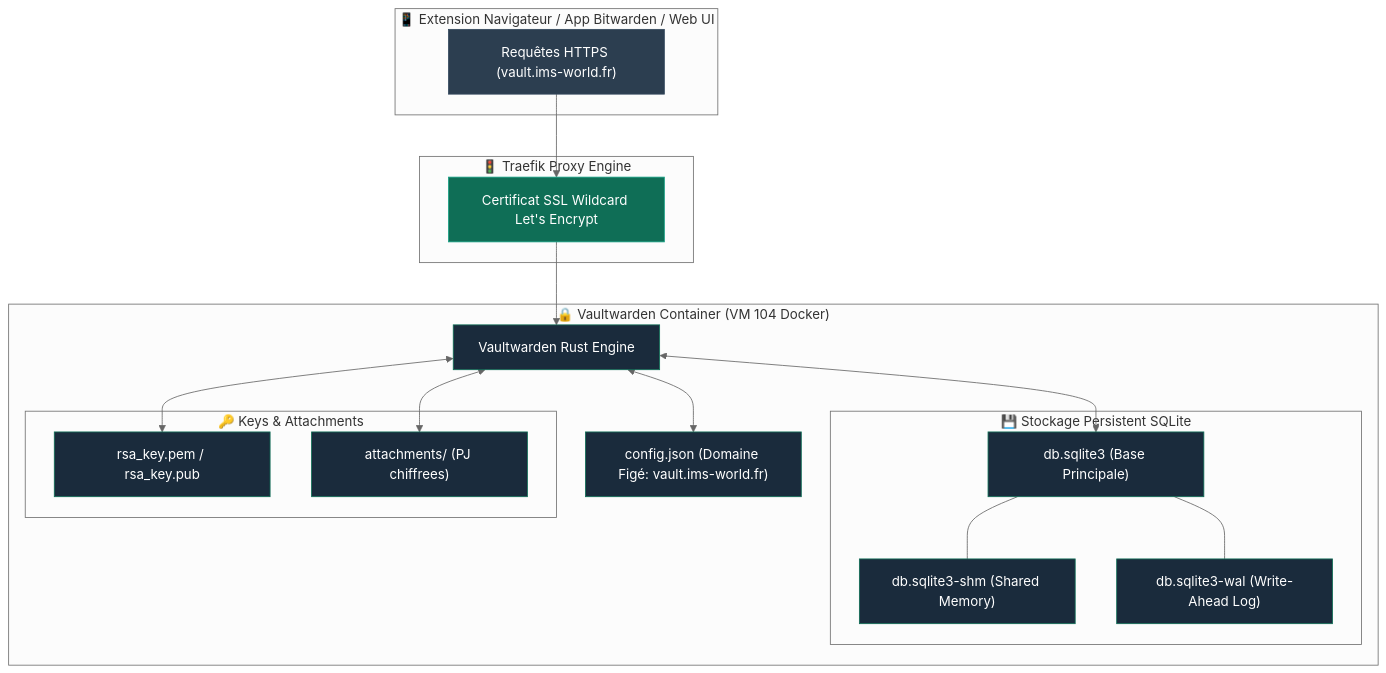
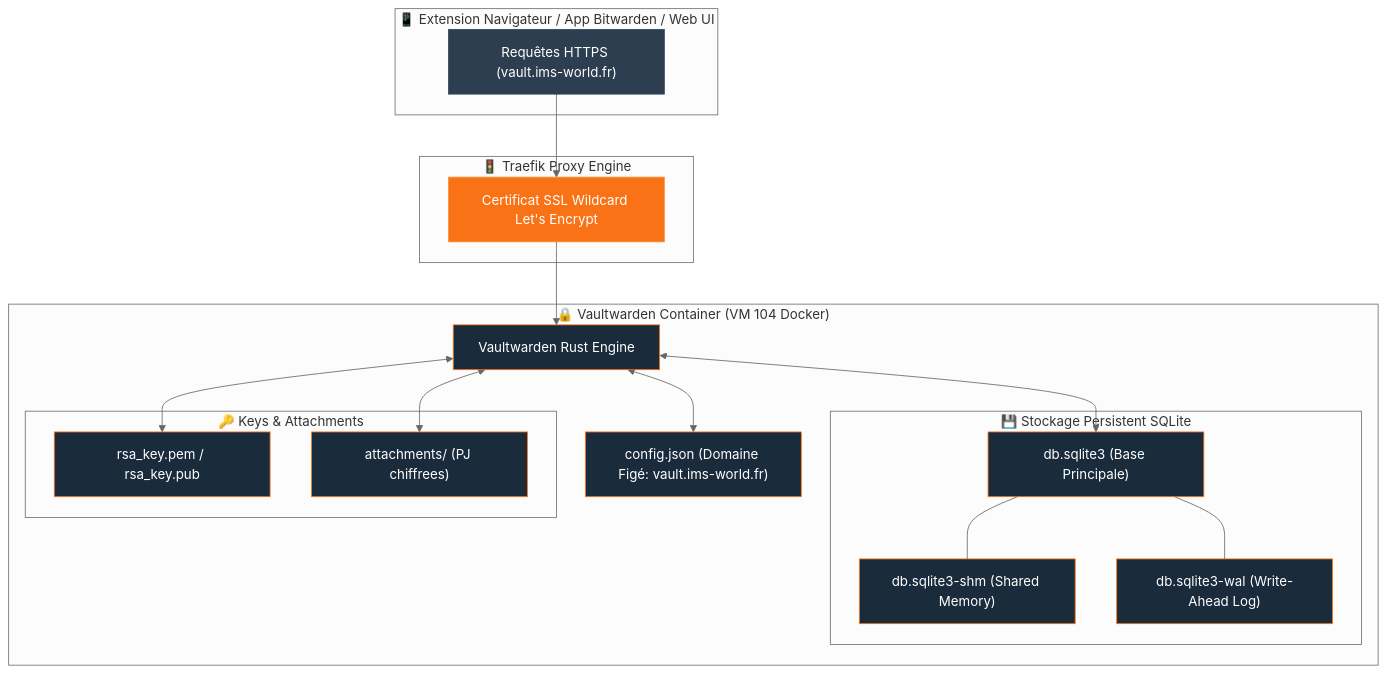
One commit to ims-world/docs changed the diagram in services/vaultwarden.md. Above: the diagram before and after it, drawn with Mermaid (neutral theme). The commit also changed other lines of this file and 5 other files, not shown here.

````diff
--- a/services/vaultwarden.md
+++ b/services/vaultwarden.md
@@ -24,42 +51,42 @@
 ```mermaid
 graph TD
     subgraph CLIENTS ["📱 Extension Navigateur / App Bitwarden / Web UI"]
         REQ["Requêtes HTTPS (vault.ims-world.fr)"]
     end
 
     subgraph PROXY ["🚦 Traefik Proxy Engine"]
         TLS["Certificat SSL Wildcard Let's Encrypt"]
     end
 
     subgraph VAULT_CONTAINER ["🔒 Vaultwarden Container (VM 104 Docker)"]
         ENGINE["Vaultwarden Rust Engine"]
         CFG["config.json (Domaine Figé: vault.ims-world.fr)"]
 
         subgraph SQLITE_WAL ["💾 Stockage Persistent SQLite"]
             DB["db.sqlite3 (Base Principale)"]
             SHM["db.sqlite3-shm (Shared Memory)"]
             WAL["db.sqlite3-wal (Write-Ahead Log)"]
         end
 
         subgraph RSA_KEYS ["🔑 Keys & Attachments"]
             RSA["rsa_key.pem / rsa_key.pub"]
             ATT["attachments/ (PJ chiffrees)"]
         end
     end
 
     REQ --> TLS
     TLS --> ENGINE
     ENGINE <--> CFG
     ENGINE <--> DB
     DB --- SHM
     DB --- WAL
     ENGINE <--> RSA
     ENGINE <--> ATT
 
     classDef client fill:#2c3e50,stroke:#34495e,color:#fff;
-    classDef proxy fill:#0F6E56,stroke:#16A085,color:#fff;
-    classDef vault fill:#1a2b3c,stroke:#0F6E56,color:#fff;
+    classDef proxy fill:#F97316,stroke:#FB923C,color:#fff;
+    classDef vault fill:#1a2b3c,stroke:#F97316,color:#fff;
     class REQ client;
     class TLS proxy;
     class ENGINE,CFG,DB,SHM,WAL,RSA,ATT vault;
 ```
````
